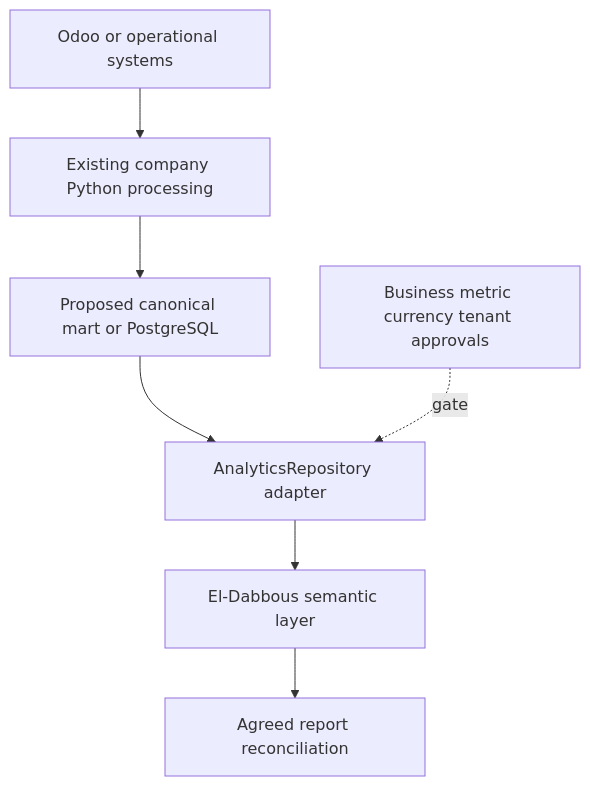
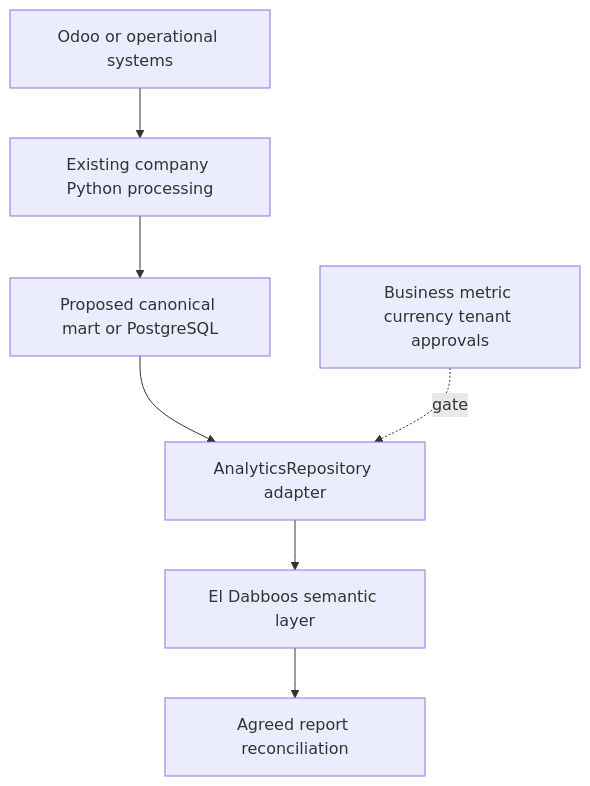
Diagram 13 of 14 in docs/architecture/diagrams.md (hazemyoussif/el-dabboos-analytics), drawn with Mermaid before and after one commit. The commit also changed 8 other files, not shown here.

````diff
--- a/docs/architecture/diagrams.md
+++ b/docs/architecture/diagrams.md
@@ -175,9 +175,9 @@
 ```mermaid
 flowchart TB
  O[Odoo or operational systems] --> P[Existing company Python processing]
  P --> M[Proposed canonical mart or PostgreSQL]
  M --> A[AnalyticsRepository adapter]
- A --> S[El-Dabbous semantic layer]
+ A --> S[El Dabboos semantic layer]
  S --> R[Agreed report reconciliation]
  B[Business metric currency tenant approvals] -. gate .-> A
 ```
````
